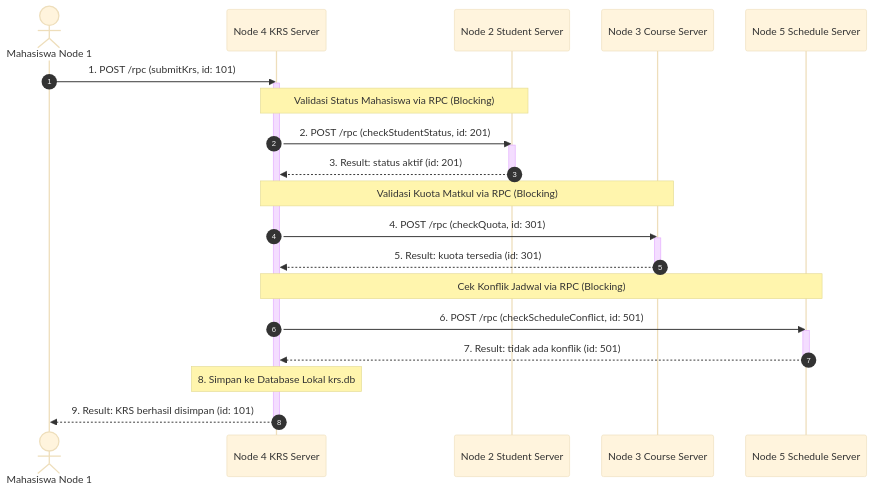
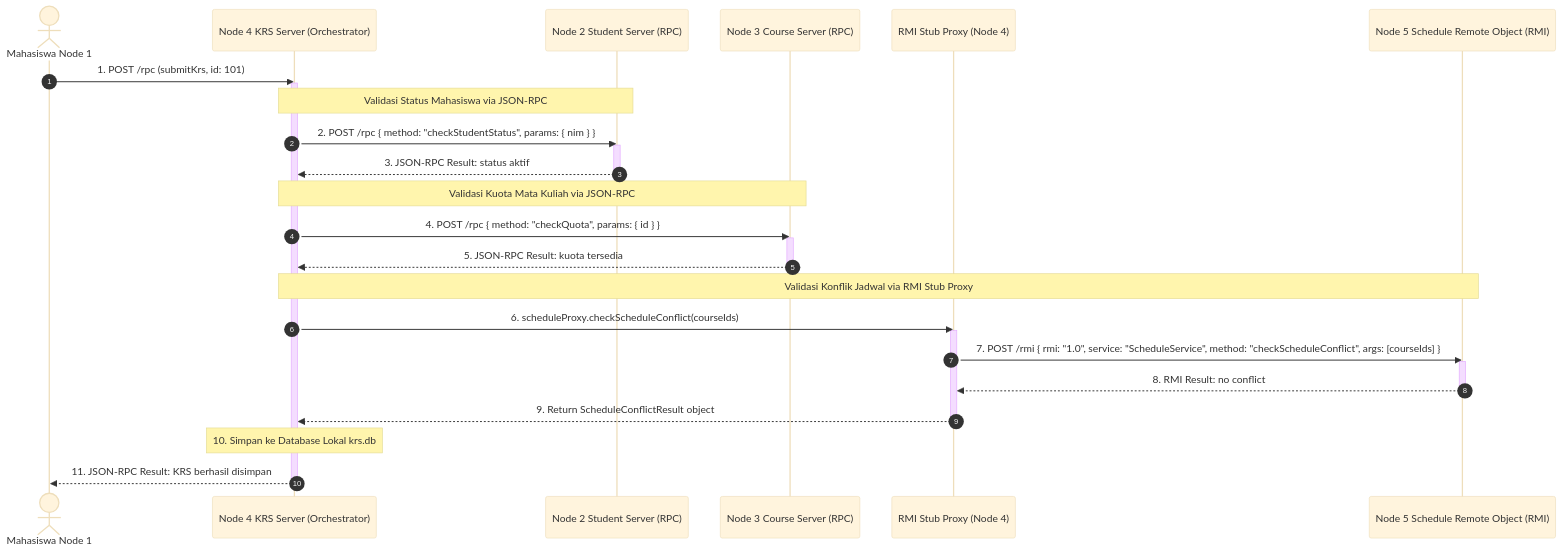
One commit to rotistorage-boop/sister-k1 changed the second of 2 diagrams in CONCEPT.md. Above: the diagram before and after it, drawn with Mermaid (base theme). The commit also changed other lines of this file, not shown here.

Commit message:
docs: update system architecture concept to include RMI protocol

````diff
--- a/CONCEPT.md
+++ b/CONCEPT.md
@@ -38,35 +43,40 @@
 ```mermaid
 sequenceDiagram
     autonumber
     actor User as Mahasiswa Node 1
-    participant N4 as Node 4 KRS Server
-    participant N2 as Node 2 Student Server
-    participant N3 as Node 3 Course Server
-    participant N5 as Node 5 Schedule Server
+    participant N4 as Node 4 KRS Server (Orchestrator)
+    participant N2 as Node 2 Student Server (RPC)
+    participant N3 as Node 3 Course Server (RPC)
+    participant N5Proxy as RMI Stub Proxy (Node 4)
+    participant N5 as Node 5 Schedule Remote Object (RMI)
 
     User->>N4: 1. POST /rpc (submitKrs, id: 101)
     
     activate N4
-    Note over N4,N2: Validasi Status Mahasiswa via RPC (Blocking)
-    N4->>N2: 2. POST /rpc (checkStudentStatus, id: 201)
+    Note over N4,N2: Validasi Status Mahasiswa via JSON-RPC
+    N4->>N2: 2. POST /rpc { method: "checkStudentStatus", params: { nim } }
     activate N2
-    N2-->>N4: 3. Result: status aktif (id: 201)
+    N2-->>N4: 3. JSON-RPC Result: status aktif
     deactivate N2
 
-    Note over N4,N3: Validasi Kuota Matkul via RPC (Blocking)
-    N4->>N3: 4. POST /rpc (checkQuota, id: 301)
+    Note over N4,N3: Validasi Kuota Mata Kuliah via JSON-RPC
+    N4->>N3: 4. POST /rpc { method: "checkQuota", params: { id } }
     activate N3
-    N3-->>N4: 5. Result: kuota tersedia (id: 301)
+    N3-->>N4: 5. JSON-RPC Result: kuota tersedia
     deactivate N3
 
-    Note over N4,N5: Cek Konflik Jadwal via RPC (Blocking)
-    N4->>N5: 6. POST /rpc (checkScheduleConflict, id: 501)
+    Note over N4,N5: Validasi Konflik Jadwal via RMI Stub Proxy
+    N4->>N5Proxy: 6. scheduleProxy.checkScheduleConflict(courseIds)
+    activate N5Proxy
+    N5Proxy->>N5: 7. POST /rmi { rmi: "1.0", service: "ScheduleService", method: "checkScheduleConflict", args: [courseIds] }
     activate N5
-    N5-->>N4: 7. Result: tidak ada konflik (id: 501)
+    N5-->>N5Proxy: 8. RMI Result: no conflict
     deactivate N5
+    N5Proxy-->>N4: 9. Return ScheduleConflictResult object
+    deactivate N5Proxy
 
-    Note over N4: 8. Simpan ke Database Lokal krs.db
+    Note over N4: 10. Simpan ke Database Lokal krs.db
 
-    N4-->>User: 9. Result: KRS berhasil disimpan (id: 101)
+    N4-->>User: 11. JSON-RPC Result: KRS berhasil disimpan
     deactivate N4
 ```
````
